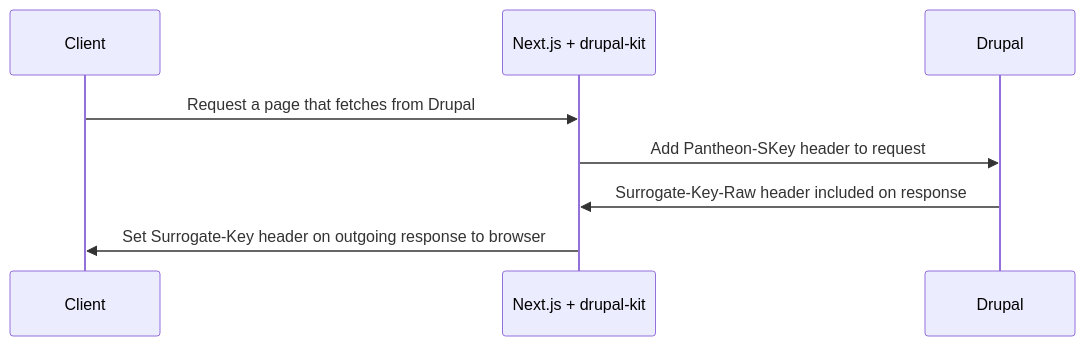
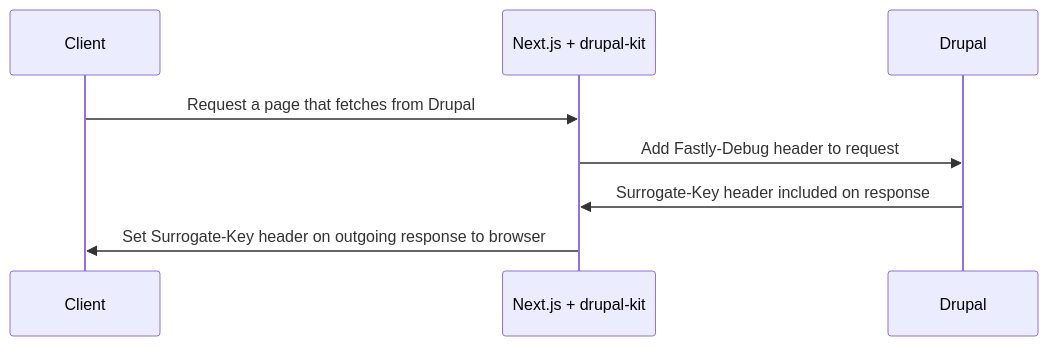
One commit to pantheon-systems/decoupled-kit-js changed the diagram in web/docs/Frontend Starters/Next.js/Next.js + Drupal/surrogate-key-based-caching.md. Above: the diagram before and after it, drawn with Mermaid. The commit also changed 8 other files, not shown here.

````diff
--- a/web/docs/Frontend Starters/Next.js/Next.js + Drupal/surrogate-key-based-caching.md
+++ b/web/docs/Frontend Starters/Next.js/Next.js + Drupal/surrogate-key-based-caching.md
@@ -22,10 +22,10 @@
 ```mermaid
 sequenceDiagram
 	participant A as Client
     participant B as Next.js + drupal-kit
     participant C as Drupal
     A->>B: Request a page that fetches from Drupal
-    B->>C: Add Pantheon-SKey header to request
-    C->>B: Surrogate-Key-Raw header included on response
+    B->>C: Add Fastly-Debug header to request
+    C->>B: Surrogate-Key header included on response
     B->>A: Set Surrogate-Key header on outgoing response to browser
 ```
````
